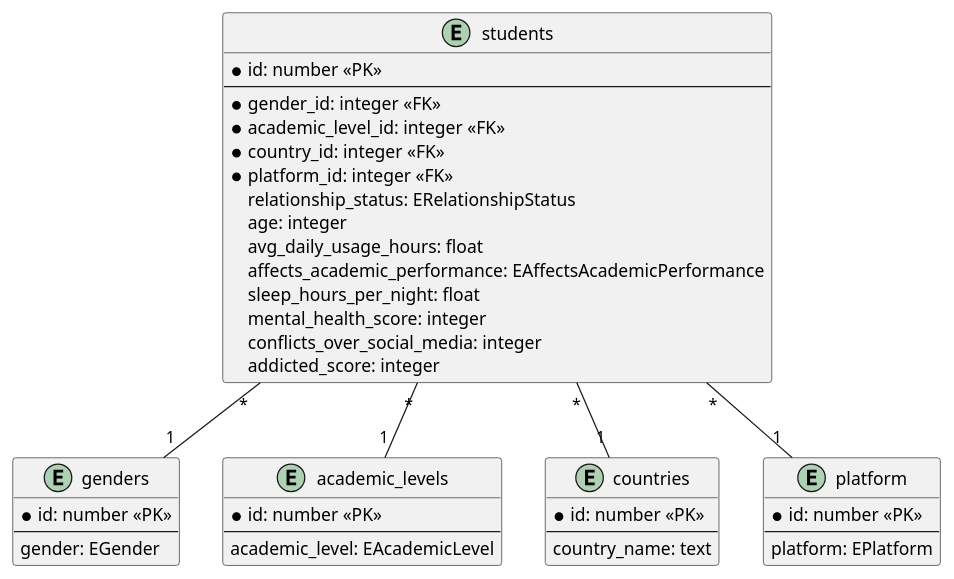
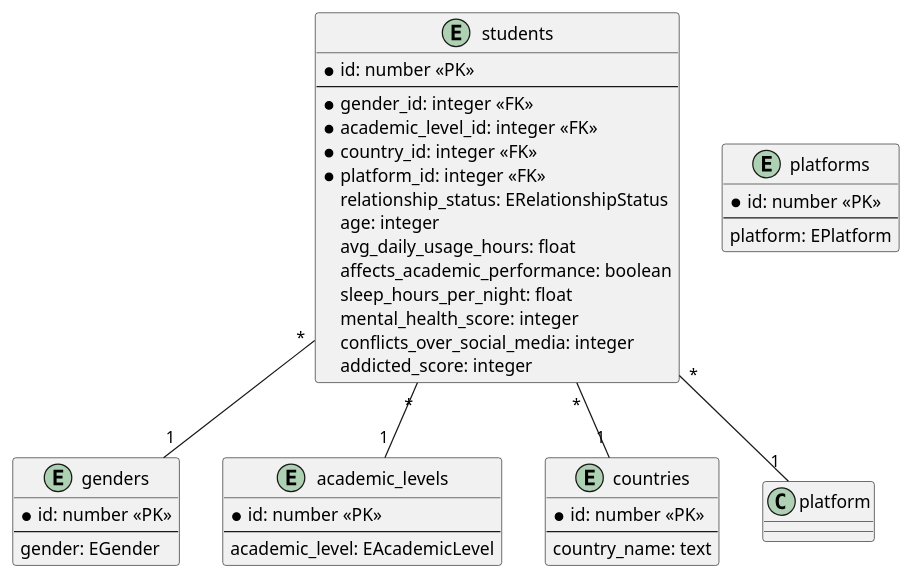
Before and after one commit to RogueRefiner/Local-LLM-Agent: the diagram in data/example/docs/schema.wsd, drawn with PlantUML. The commit also changed 11 other files, not shown here.

```diff
--- a/data/example/docs/schema.wsd
+++ b/data/example/docs/schema.wsd
@@ -1,47 +1,47 @@
 @startuml Example DB Schema
 entity "students" as students {
     * id: number <<PK>>
     --
     * gender_id: integer <<FK>>
     * academic_level_id: integer <<FK>>
     * country_id: integer <<FK>>
     * platform_id: integer <<FK>>
     relationship_status: ERelationshipStatus
     age: integer
     avg_daily_usage_hours: float
-    affects_academic_performance: EAffectsAcademicPerformance
+    affects_academic_performance: boolean
     sleep_hours_per_night: float
     mental_health_score: integer
     conflicts_over_social_media: integer
     addicted_score: integer
 }
 
 entity "genders" as genders {
     * id: number <<PK>>
     --
     gender: EGender
 }
 
 entity "academic_levels" as academic_levels {
     * id: number <<PK>>
     --
     academic_level: EAcademicLevel
 }
 
 entity "countries" as countries {
     * id: number <<PK>> 
     --
     country_name: text
 }
 
-entity "platform" as platform {
+entity "platforms" as platforms {
     * id: number <<PK>> 
     --
     platform: EPlatform
 }
 
 students "*" -- "1" academic_levels
 students "*" -- "1" genders
 students "*" -- "1" platform
 students "*" -- "1" countries
 @enduml
```
